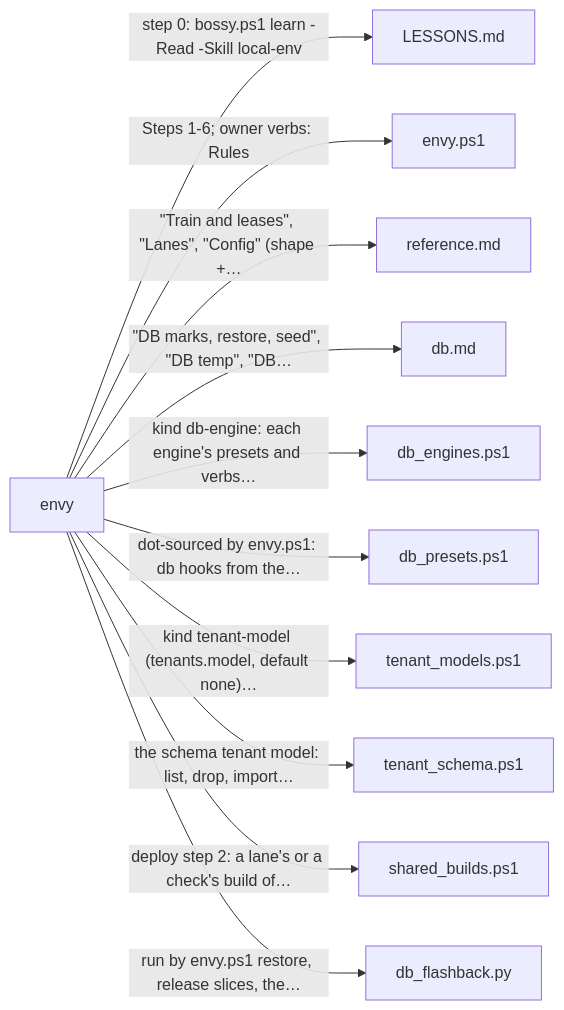
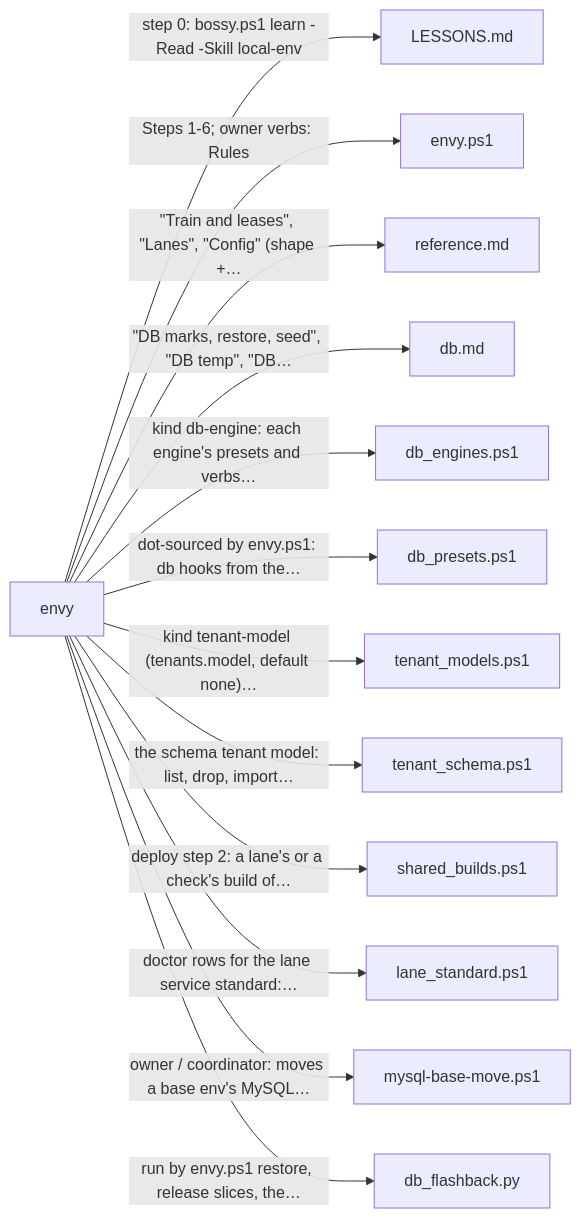
The sixth of 7 diagrams in README.md (prskid1000/claude-crew), drawn with Mermaid before and after one commit. The commit also changed 10 other files, not shown here.

First line of the commit message:
feat(envy): lane service standard + base-env mysql move script

````diff
--- a/README.md
+++ b/README.md
@@ -555,14 +555,16 @@
 ```mermaid
 flowchart LR
   skills_envy_SKILL_md["envy"]
   skills_envy_SKILL_md -->|"step 0: bossy.ps1 learn -Read -Skill local-env"| LESSONS_md["LESSONS.md"]
   skills_envy_SKILL_md -->|"Steps 1-6; owner verbs: Rules"| skills_envy_envy_ps1["envy.ps1"]
   skills_envy_SKILL_md -->|"#quot;Train and leases#quot;, #quot;Lanes#quot;, #quot;Config#quot; (shape +…"| skills_envy_reference_md["reference.md"]
   skills_envy_SKILL_md -->|"#quot;DB marks, restore, seed#quot;, #quot;DB temp#quot;, #quot;DB…"| skills_envy_db_md["db.md"]
   skills_envy_SKILL_md -->|"kind db-engine: each engine's presets and verbs…"| skills_envy_adapters_db_engines_ps1["db_engines.ps1"]
   skills_envy_SKILL_md -->|"dot-sourced by envy.ps1: db hooks from the…"| skills_envy_adapters_db_presets_ps1["db_presets.ps1"]
   skills_envy_SKILL_md -->|"kind tenant-model (tenants.model, default none)…"| skills_envy_adapters_tenant_models_ps1["tenant_models.ps1"]
   skills_envy_SKILL_md -->|"the schema tenant model: list, drop, import…"| skills_envy_adapters_tenant_schema_ps1["tenant_schema.ps1"]
   skills_envy_SKILL_md -->|"deploy step 2: a lane's or a check's build of…"| skills_envy_adapters_shared_builds_ps1["shared_builds.ps1"]
+  skills_envy_SKILL_md -->|"doctor rows for the lane service standard:…"| skills_envy_adapters_lane_standard_ps1["lane_standard.ps1"]
+  skills_envy_SKILL_md -->|"owner / coordinator: moves a base env's MySQL…"| skills_envy_mysql_base_move_ps1["mysql-base-move.ps1"]
   skills_envy_SKILL_md -->|"run by envy.ps1 restore, release slices, the…"| skills_envy_adapters_db_flashback_py["db_flashback.py"]
 ```
````
